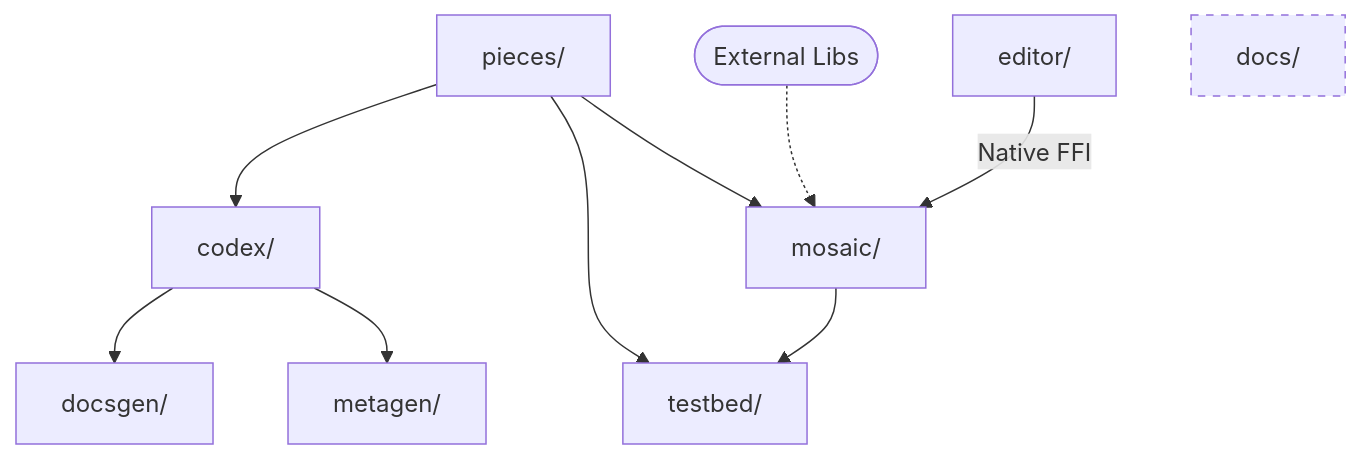
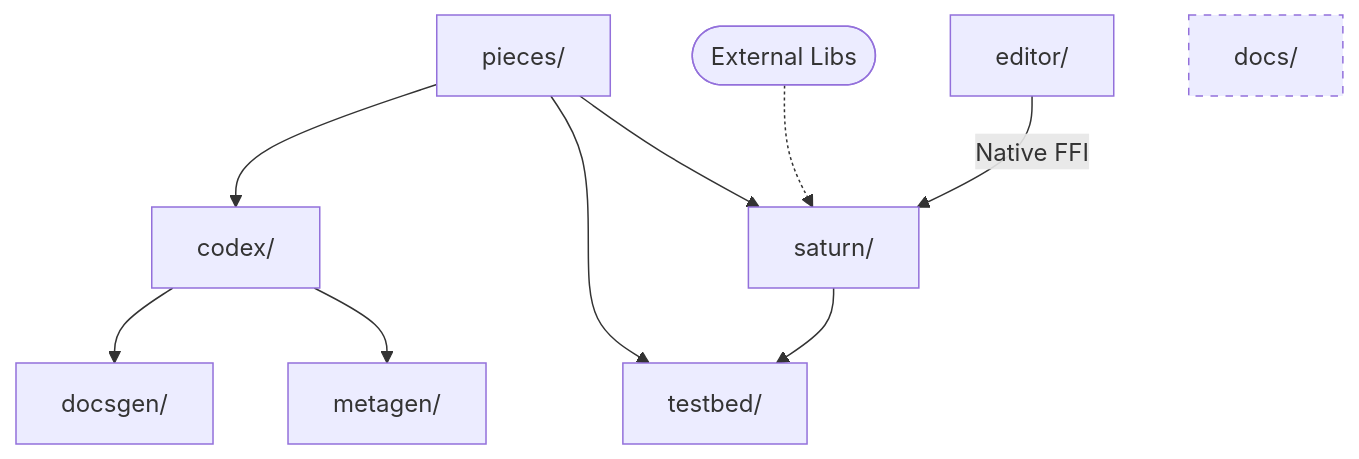
The diagram in docs/src/mmds/dependency_hierarchy.mmd (WilliamKarolDiCioccio/saturn), drawn with Mermaid before and after one commit. The commit also changed 23 other files, not shown here.

Commit message:
chore: replace all references to 'Mosaic' with 'Saturn' in docs

```diff
--- a/docs/src/mmds/dependency_hierarchy.mmd
+++ b/docs/src/mmds/dependency_hierarchy.mmd
@@ -1,20 +1,20 @@
 graph TD
     %% Base Layer
     PIECES[pieces/] --> CODEX[codex/]
-    PIECES --> MOSAIC[mosaic/]
+    PIECES --> SATURN[saturn/]
     PIECES --> TESTBED[testbed/]
 
     %% Codex Branch
     CODEX --> DOCSGEN[docsgen/]
     CODEX --> METAGEN[metagen/]
 
-    %% Mosaic Branch
-    EXT_LIBS([External Libs]) -.-> MOSAIC
-    MOSAIC --> TESTBED
+    %% Saturn Branch
+    EXT_LIBS([External Libs]) -.-> SATURN
+    SATURN --> TESTBED
 
     %% Independent/Special Relationship
-    EDITOR[editor/] -- "Native FFI" --> MOSAIC
+    EDITOR[editor/] -- "Native FFI" --> SATURN
     DOCS[docs/]
 
     %% Styling
     style DOCS stroke-dasharray: 5 5
```
